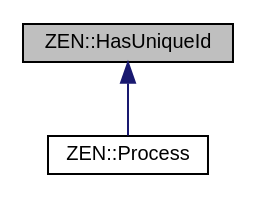
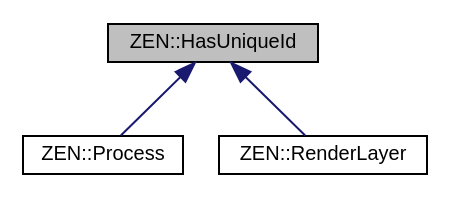
The diagram in classZEN_1_1HasUniqueId__inherit__graph.dot (markhj/zeronetics), drawn with Graphviz before and after one commit. The commit also changed 88 other files, not shown here.

```diff
--- a/classZEN_1_1HasUniqueId__inherit__graph.dot
+++ b/classZEN_1_1HasUniqueId__inherit__graph.dot
@@ -1,9 +1,11 @@
 digraph "ZEN::HasUniqueId"
 {
  // LATEX_PDF_SIZE
   edge [fontname="Helvetica",fontsize="10",labelfontname="Helvetica",labelfontsize="10"];
   node [fontname="Helvetica",fontsize="10",shape=record];
   Node1 [label="ZEN::HasUniqueId",height=0.2,width=0.4,color="black", fillcolor="grey75", style="filled", fontcolor="black",tooltip=" "];
   Node1 -> Node2 [dir="back",color="midnightblue",fontsize="10",style="solid",fontname="Helvetica"];
   Node2 [label="ZEN::Process",height=0.2,width=0.4,color="black", fillcolor="white", style="filled",URL="$classZEN_1_1Process.html",tooltip=" "];
+  Node1 -> Node3 [dir="back",color="midnightblue",fontsize="10",style="solid",fontname="Helvetica"];
+  Node3 [label="ZEN::RenderLayer",height=0.2,width=0.4,color="black", fillcolor="white", style="filled",URL="$classZEN_1_1RenderLayer.html",tooltip=" "];
 }
```
